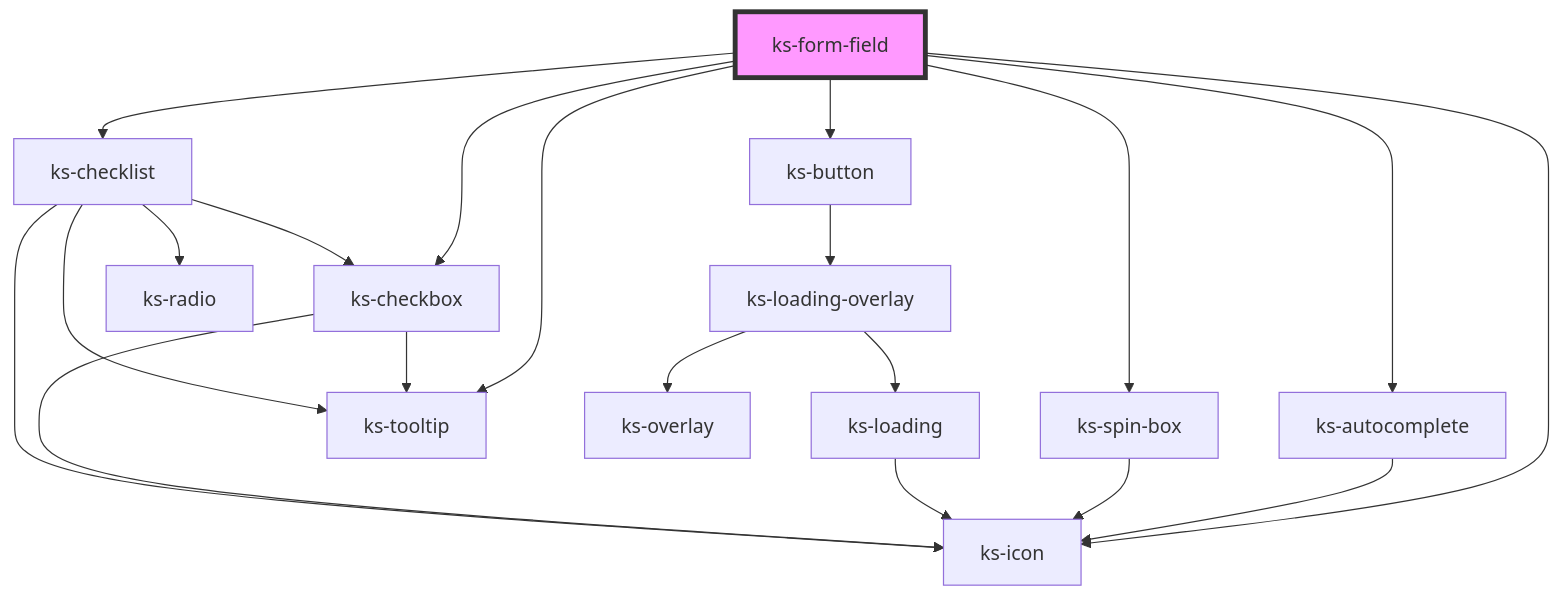
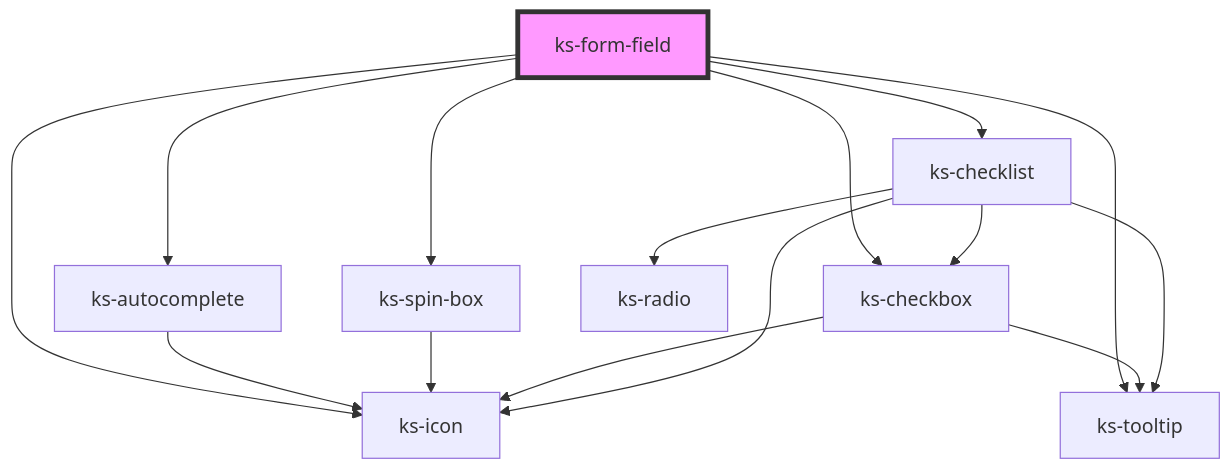
Before and after one commit to kickstand-ui/kickstand-ui: the diagram in src/scripts/components/form-field/readme.md, drawn with Mermaid. The commit also changed other lines of this file and 3 other files, not shown here.

````diff
--- a/src/scripts/components/form-field/readme.md
+++ b/src/scripts/components/form-field/readme.md
@@ -96,23 +95,18 @@
 ```mermaid
 graph TD;
   ks-form-field --> ks-icon
   ks-form-field --> ks-autocomplete
   ks-form-field --> ks-spin-box
-  ks-form-field --> ks-button
   ks-form-field --> ks-checkbox
   ks-form-field --> ks-checklist
   ks-form-field --> ks-tooltip
   ks-autocomplete --> ks-icon
   ks-spin-box --> ks-icon
-  ks-button --> ks-loading-overlay
-  ks-loading-overlay --> ks-overlay
-  ks-loading-overlay --> ks-loading
-  ks-loading --> ks-icon
   ks-checkbox --> ks-tooltip
   ks-checkbox --> ks-icon
   ks-checklist --> ks-tooltip
   ks-checklist --> ks-icon
   ks-checklist --> ks-checkbox
   ks-checklist --> ks-radio
   style ks-form-field fill:#f9f,stroke:#333,stroke-width:4px
 ```
````
